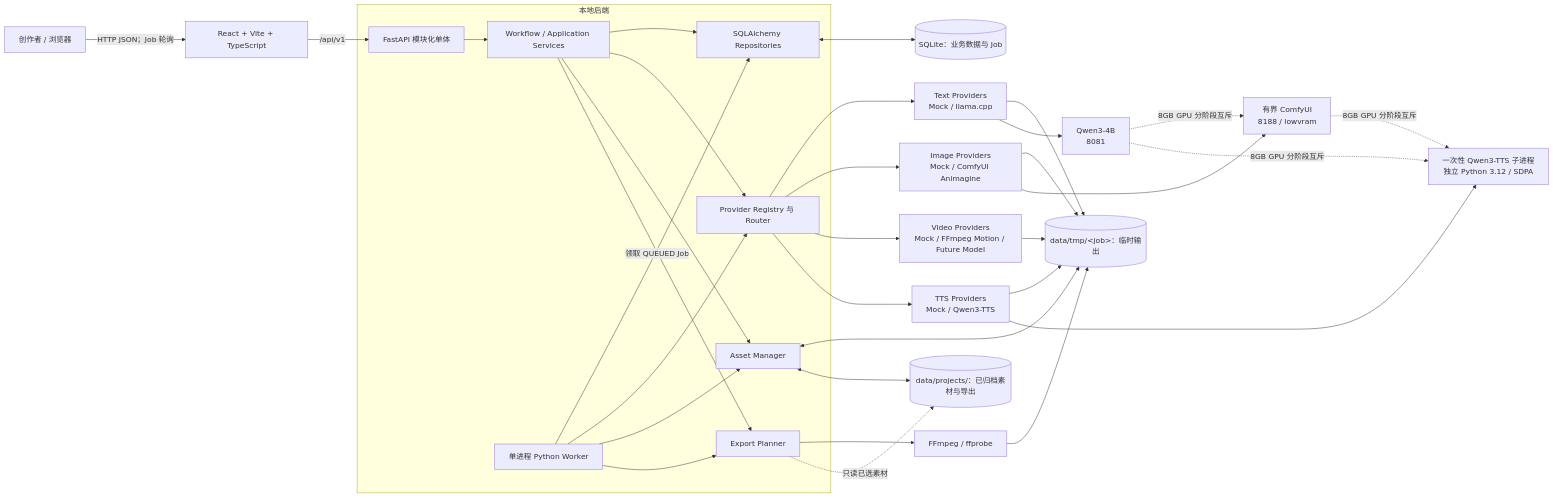
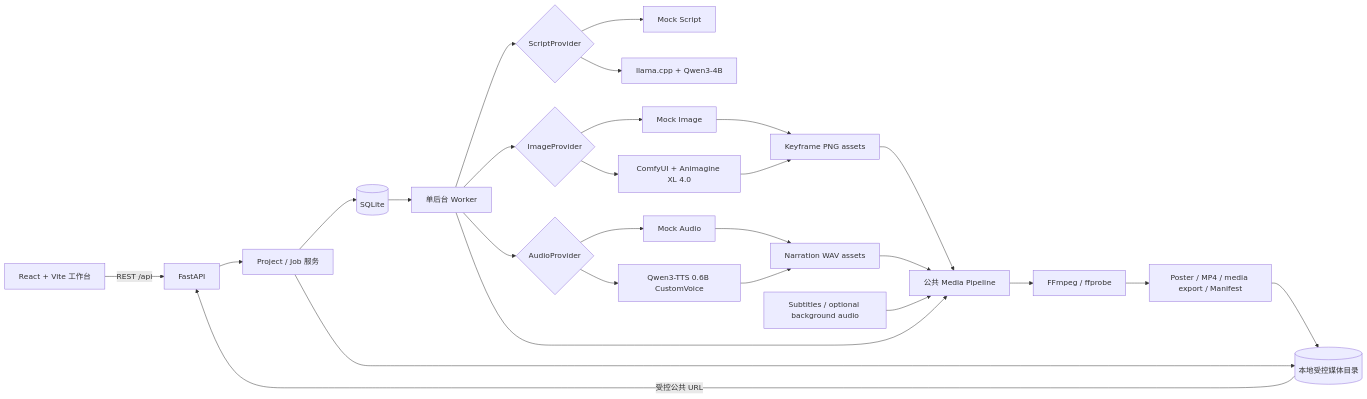
One commit to mowang-mw/paper-crane-studio changed the first of 3 diagrams in docs/architecture.md. Above: the diagram before and after it, drawn with Mermaid. The commit also changed other lines of this file and 5 other files, not shown here.

````diff
--- a/docs/architecture.md
+++ b/docs/architecture.md
@@ -26,41 +9,29 @@
 ```mermaid
 flowchart LR
-    U[创作者 / 浏览器] -->|HTTP JSON；Job 轮询| FE[React + Vite + TypeScript]
-    FE -->|/api/v1| API[FastAPI 模块化单体]
-
-    subgraph Backend[本地后端]
-        API --> APP[Workflow / Application Services]
-        APP --> REPO[SQLAlchemy Repositories]
-        APP --> PR[Provider Registry 与 Router]
-        APP --> AM[Asset Manager]
-        APP --> EX[Export Planner]
-        WK[单进程 Python Worker] -->|领取 QUEUED Job| REPO
-        WK --> PR
-        WK --> AM
-        WK --> EX
-    end
-
-    REPO <--> DB[(SQLite：业务数据与 Job)]
-    AM <--> TMP[(data/tmp/&lt;job&gt;：临时输出)]
-    AM <--> FS[(data/projects/：已归档素材与导出)]
-    EX --> FF[FFmpeg / ffprobe]
-    FF --> TMP
-    EX -.只读已选素材.-> FS
-
-    PR --> MT[Text Providers\nMock / llama.cpp]
-    PR --> MI[Image Providers\nMock / ComfyUI Animagine]
-    PR --> MV[Video Providers\nMock / FFmpeg Motion / Future Model]
-    PR --> MA[TTS Providers\nMock / Qwen3-TTS]
-
-    MT --> TMP
-    MI --> TMP
-    MV --> TMP
-    MA --> TMP
-
-    MT --> QW[Qwen3-4B\n8081]
-    MI --> CU[有界 ComfyUI\n8188 / lowvram]
-    MA --> QT[一次性 Qwen3-TTS 子进程\n独立 Python 3.12 / SDPA]
-    QW -.8GB GPU 分阶段互斥.-> CU
-    CU -.8GB GPU 分阶段互斥.-> QT
-    QW -.8GB GPU 分阶段互斥.-> QT
+    UI[React + Vite 工作台] -->|REST /api| API[FastAPI]
+    API --> PJ[Project / Job 服务]
+    PJ --> DB[(SQLite)]
+    PJ --> FS[(本地受控媒体目录)]
+    DB --> W[单后台 Worker]
+    W --> SP{ScriptProvider}
+    W --> IP{ImageProvider}
+    W --> AP{AudioProvider}
+    SP --> SM[Mock Script]
+    SP --> Q[llama.cpp + Qwen3-4B]
+    IP --> IM[Mock Image]
+    IP --> A[ComfyUI + Animagine XL 4.0]
+    AP --> AM[Mock Audio]
+    AP --> T[Qwen3-TTS 0.6B CustomVoice]
+    IM --> K[Keyframe PNG assets]
+    A --> K
+    AM --> N[Narration WAV assets]
+    T --> N
+    W --> MP[公共 Media Pipeline]
+    K --> MP
+    N --> MP
+    SA[Subtitles / optional background audio] --> MP
+    MP --> F[FFmpeg / ffprobe]
+    F --> OUT[Poster / MP4 / media export / Manifest]
+    OUT --> FS
+    FS -->|受控公共 URL| API
 ```
````
